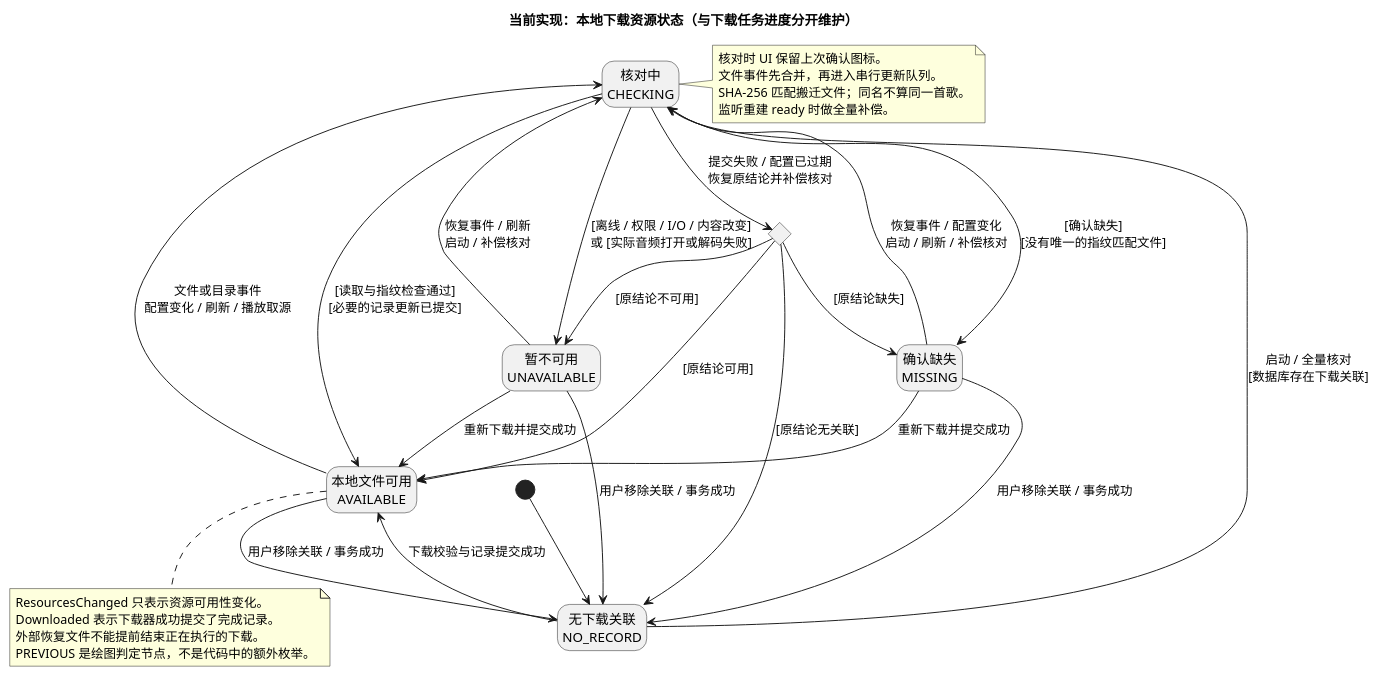
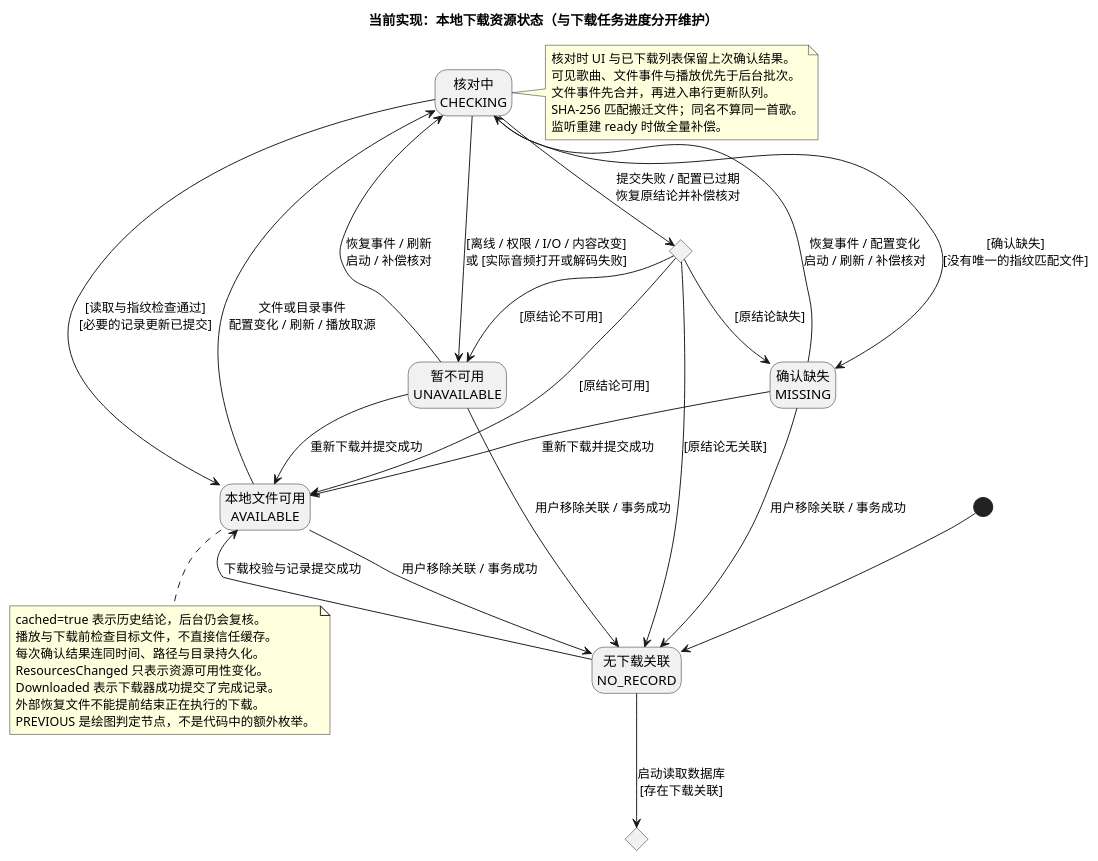
Before and after one commit to Brraida/MusicFreeDesktop: the diagram in docs/design/download-file-state/implemented.puml, drawn with PlantUML. The commit also changed 8 other files, not shown here.

```diff
--- a/docs/design/download-file-state/implemented.puml
+++ b/docs/design/download-file-state/implemented.puml
@@ -1,48 +1,57 @@
 @startuml
 title 当前实现：本地下载资源状态（与下载任务进度分开维护）
 hide empty description
 skinparam shadowing false
 
 state "无下载关联\nNO_RECORD" as NO_RECORD
 state "核对中\nCHECKING" as CHECKING
 state "本地文件可用\nAVAILABLE" as AVAILABLE
 state "确认缺失\nMISSING" as MISSING
 state "暂不可用\nUNAVAILABLE" as UNAVAILABLE
 state "上次确认状态" as PREVIOUS <<choice>>
+state "缓存与当前关联匹配？" as RESTORE <<choice>>
 
 [*] --> NO_RECORD
-NO_RECORD --> CHECKING : 启动 / 全量核对\n[数据库存在下载关联]
+NO_RECORD --> RESTORE : 启动读取数据库\n[存在下载关联]
+RESTORE --> CHECKING : [缓存缺失 / 无效 / 路径或目录变化]
+RESTORE --> AVAILABLE : [上次确认可用]\ncached=true；立即显示
+RESTORE --> MISSING : [上次确认缺失]\ncached=true
+RESTORE --> UNAVAILABLE : [上次确认不可用]\ncached=true
 NO_RECORD --> AVAILABLE : 下载校验与记录提交成功
 AVAILABLE --> CHECKING : 文件或目录事件\n配置变化 / 刷新 / 播放取源
 MISSING --> CHECKING : 恢复事件 / 配置变化\n启动 / 刷新 / 补偿核对
 UNAVAILABLE --> CHECKING : 恢复事件 / 刷新\n启动 / 补偿核对
 
 CHECKING --> AVAILABLE : [读取与指纹检查通过]\n[必要的记录更新已提交]
 CHECKING --> MISSING : [确认缺失]\n[没有唯一的指纹匹配文件]
 CHECKING --> UNAVAILABLE : [离线 / 权限 / I/O / 内容改变]\n或 [实际音频打开或解码失败]
 CHECKING --> PREVIOUS : 提交失败 / 配置已过期\n恢复原结论并补偿核对
 PREVIOUS --> NO_RECORD : [原结论无关联]
 PREVIOUS --> AVAILABLE : [原结论可用]
 PREVIOUS --> MISSING : [原结论缺失]
 PREVIOUS --> UNAVAILABLE : [原结论不可用]
 
 MISSING --> AVAILABLE : 重新下载并提交成功
 UNAVAILABLE --> AVAILABLE : 重新下载并提交成功
 AVAILABLE --> NO_RECORD : 用户移除关联 / 事务成功
 MISSING --> NO_RECORD : 用户移除关联 / 事务成功
 UNAVAILABLE --> NO_RECORD : 用户移除关联 / 事务成功
 
 note right of CHECKING
-  核对时 UI 保留上次确认图标。
+  核对时 UI 与已下载列表保留上次确认结果。
+  可见歌曲、文件事件与播放优先于后台批次。
   文件事件先合并，再进入串行更新队列。
   SHA-256 匹配搬迁文件；同名不算同一首歌。
   监听重建 ready 时做全量补偿。
 end note
 
 note bottom of AVAILABLE
+  cached=true 表示历史结论，后台仍会复核。
+  播放与下载前检查目标文件，不直接信任缓存。
+  每次确认结果连同时间、路径与目录持久化。
   ResourcesChanged 只表示资源可用性变化。
   Downloaded 表示下载器成功提交了完成记录。
   外部恢复文件不能提前结束正在执行的下载。
   PREVIOUS 是绘图判定节点，不是代码中的额外枚举。
 end note
 @enduml
```
